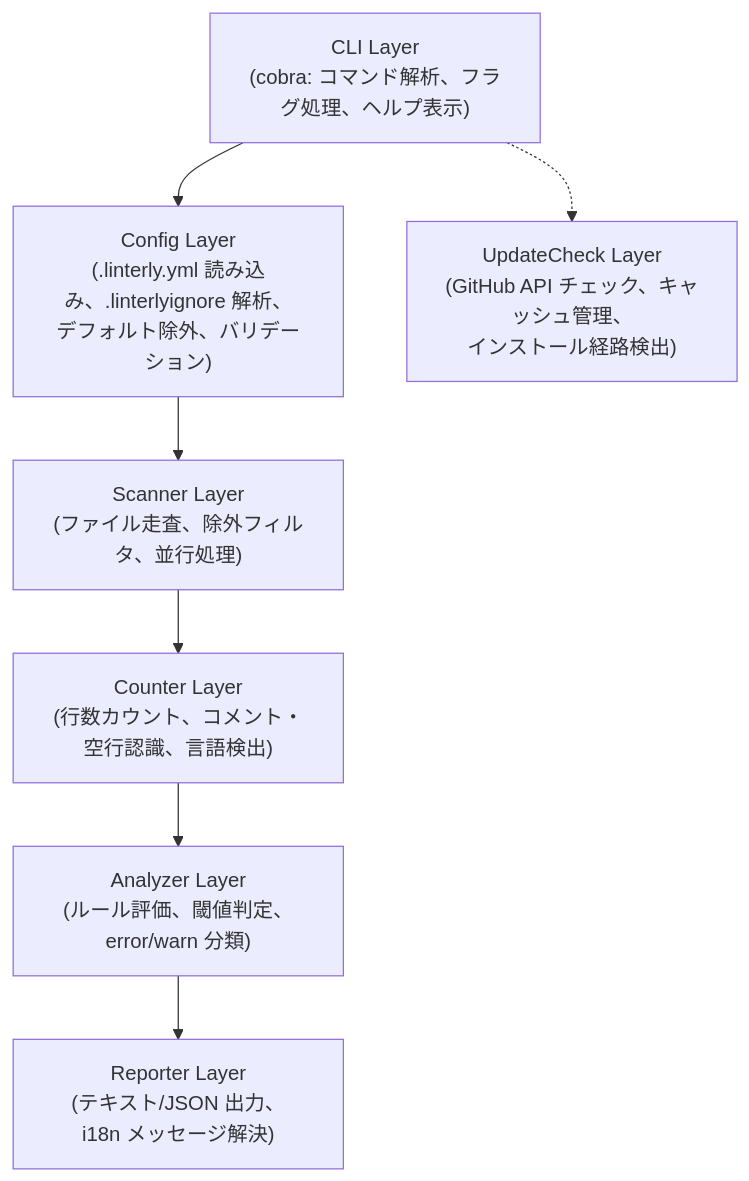
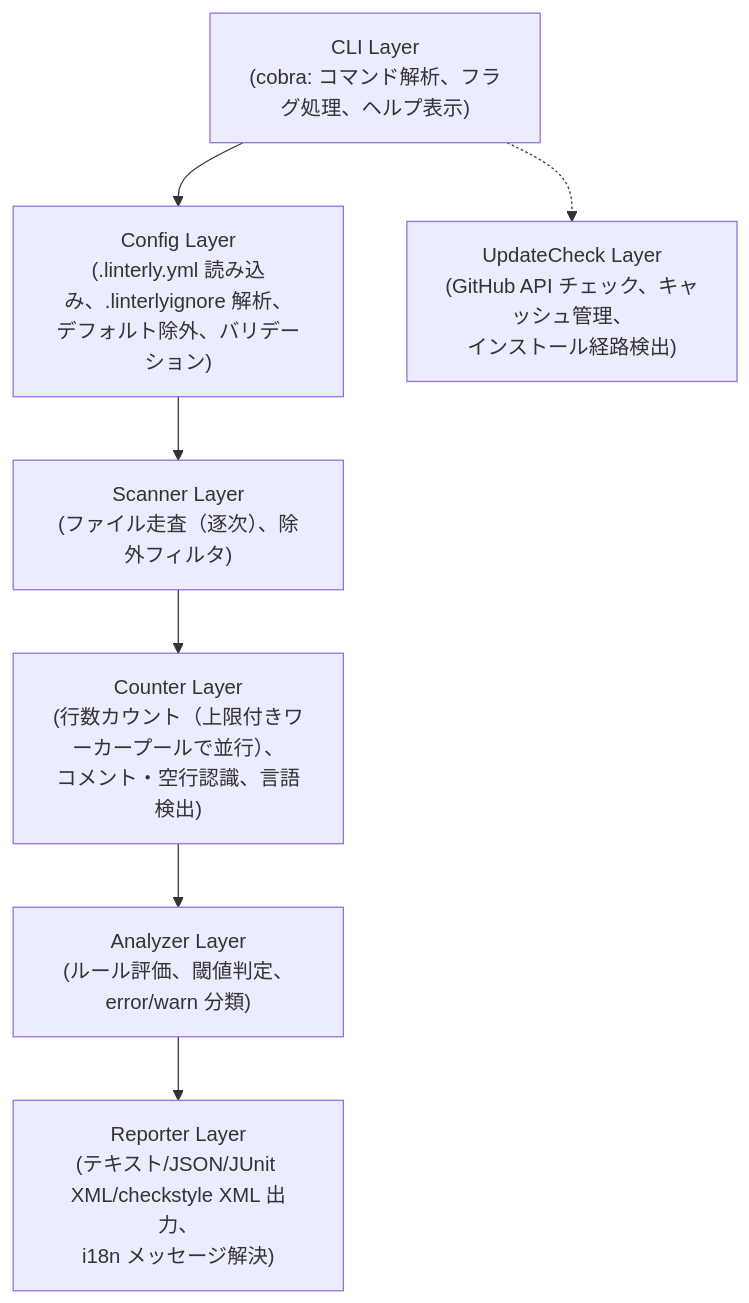
The first of 3 diagrams in docs/architecture/overview.md (ousiassllc/Linterly), drawn with Mermaid before and after one commit. The commit also changed other lines of this file and 1 other file, not shown here.

Commit message:
docs: アーキテクチャ・非機能要件のパッケージ構成・並行処理・i18n 範囲・Go バージョンを実装に合わせて修正（#58, #62, #63, #66）

````diff
--- a/docs/architecture/overview.md
+++ b/docs/architecture/overview.md
@@ -5,13 +5,13 @@
 ```mermaid
 graph TD
     A["CLI Layer<br/>(cobra: コマンド解析、フラグ処理、ヘルプ表示)"]
     B["Config Layer<br/>(.linterly.yml 読み込み、.linterlyignore 解析、<br/>デフォルト除外、バリデーション)"]
-    C["Scanner Layer<br/>(ファイル走査、除外フィルタ、並行処理)"]
-    D["Counter Layer<br/>(行数カウント、コメント・空行認識、言語検出)"]
+    C["Scanner Layer<br/>(ファイル走査（逐次）、除外フィルタ)"]
+    D["Counter Layer<br/>(行数カウント（上限付きワーカープールで並行）、<br/>コメント・空行認識、言語検出)"]
     E["Analyzer Layer<br/>(ルール評価、閾値判定、error/warn 分類)"]
-    F["Reporter Layer<br/>(テキスト/JSON 出力、i18n メッセージ解決)"]
+    F["Reporter Layer<br/>(テキスト/JSON/JUnit XML/checkstyle XML 出力、<br/>i18n メッセージ解決)"]
     G["UpdateCheck Layer<br/>(GitHub API チェック、キャッシュ管理、<br/>インストール経路検出)"]
 
     A --> B --> C --> D --> E --> F
     A -.-> G
 ```
````
